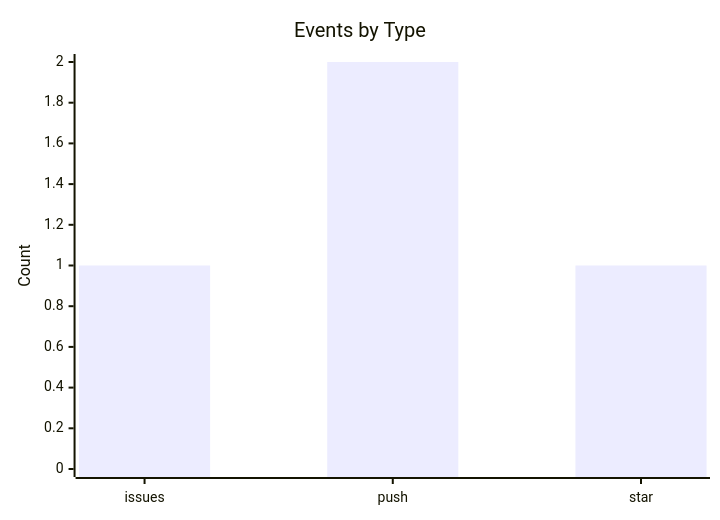
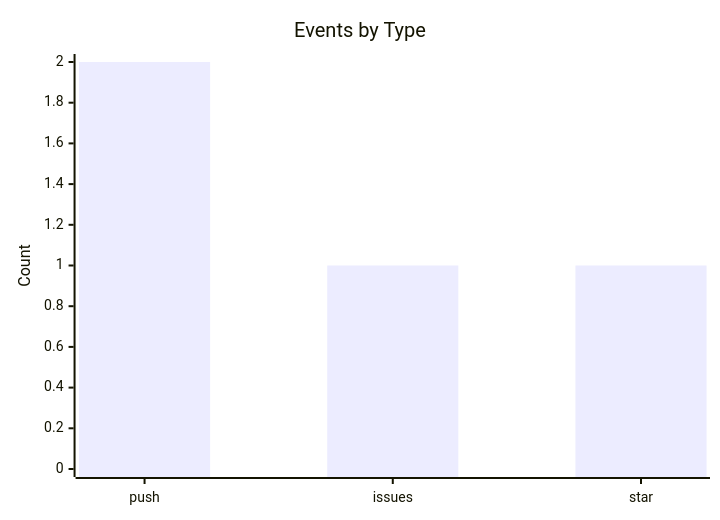
The third of 3 diagrams in README.md (lunarshe11/lunarshe11), drawn with Mermaid before and after one commit. The commit also changed other lines of this file, not shown here.

````diff
--- a/README.md
+++ b/README.md
@@ -37,7 +37,7 @@
 ```mermaid
 xychart-beta
     title "Events by Type"
-    x-axis ["issues", "push", "star"]
+    x-axis ["push", "issues", "star"]
     y-axis "Count" 0 --> 2
-    bar [1, 2, 1]
+    bar [2, 1, 1]
 ```
````
